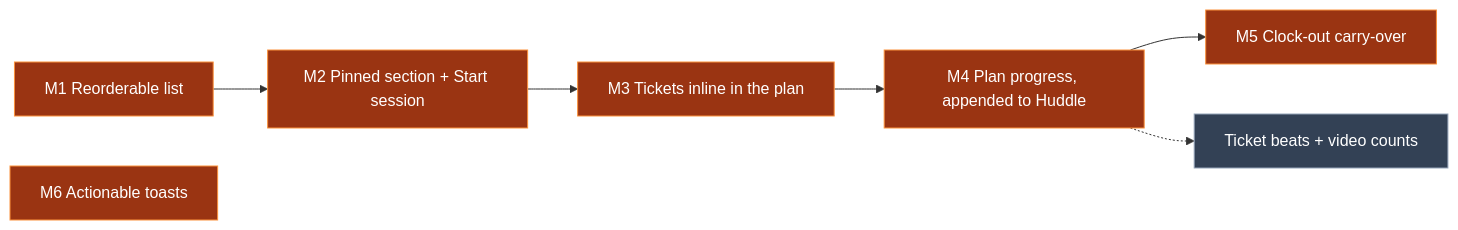
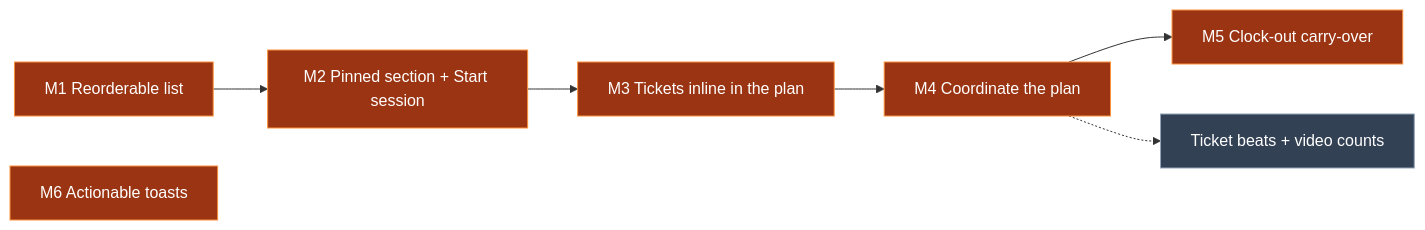
One commit to mieweb/timehuddle changed the diagram in docs/mvp-gap-plan.md. Above: the diagram before and after it, drawn with Mermaid. The commit also changed other lines of this file, not shown here.

Commit message:
docs: describe M4 as coordinating the plan, not syncing (#880)

````diff
--- a/docs/mvp-gap-plan.md
+++ b/docs/mvp-gap-plan.md
@@ -295,12 +295,12 @@
 ```mermaid
 graph LR
     classDef mvp fill:#9a3412,stroke:#fb923c,color:#fff
     classDef later fill:#334155,stroke:#94a3b8,color:#fff
     Reorder["M1 Reorderable list"]:::mvp --> Pins["M2 Pinned section + Start session"]:::mvp
     Pins --> Inline["M3 Tickets inline in the plan"]:::mvp
-    Inline --> Sync["M4 Plan progress, appended to Huddle"]:::mvp
-    Sync --> Carry["M5 Clock-out carry-over"]:::mvp
+    Inline --> Coordinate["M4 Coordinate the plan"]:::mvp
+    Coordinate --> Carry["M5 Clock-out carry-over"]:::mvp
     Toasts["M6 Actionable toasts"]:::mvp
     Beats["Ticket beats + video counts"]:::later
-    Sync -.-> Beats
+    Coordinate -.-> Beats
 ```
````
